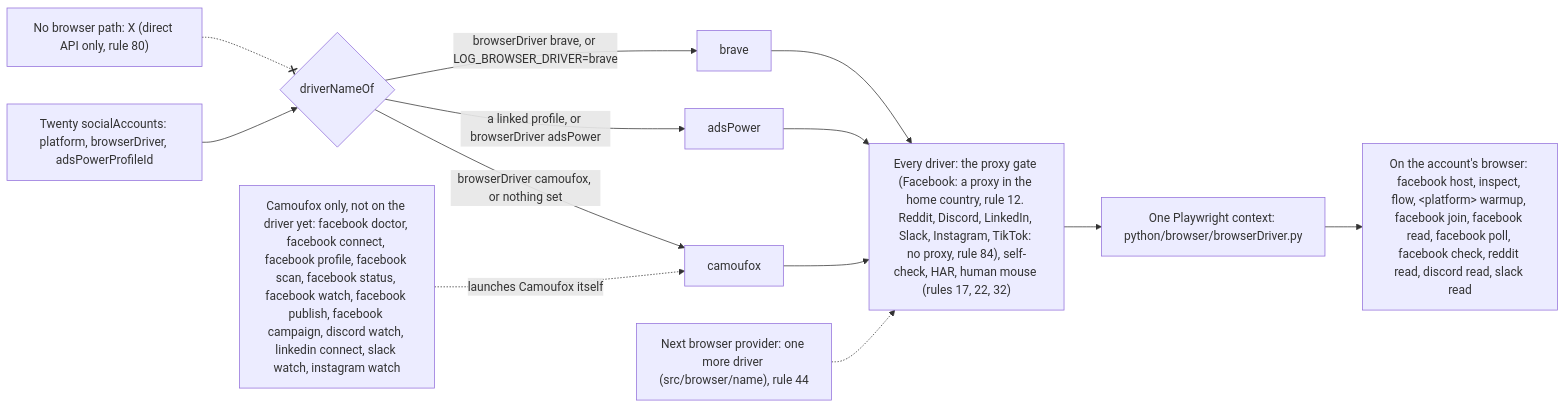
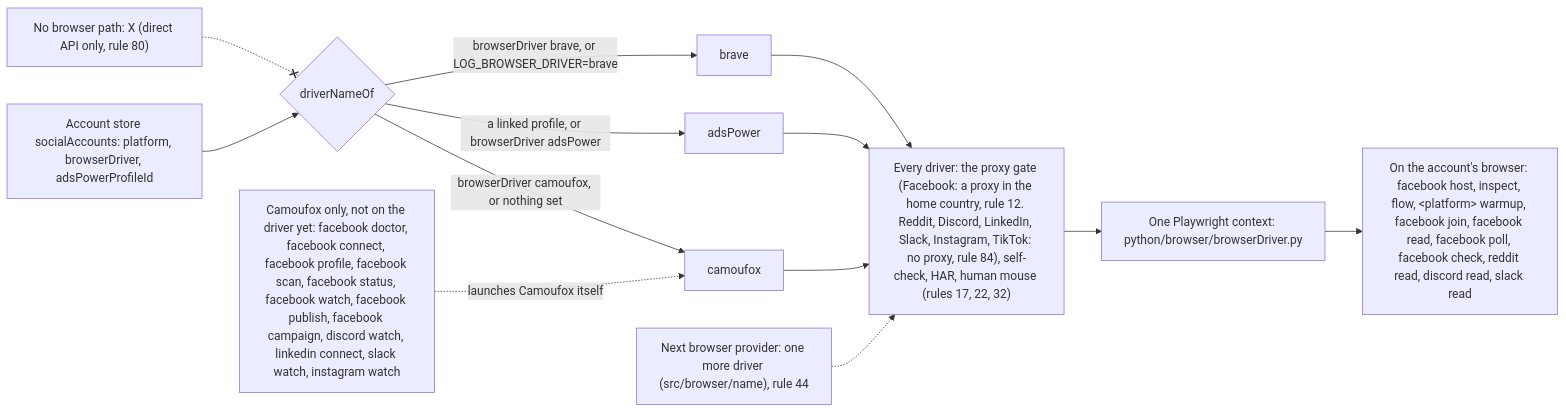
One commit to aggelos-pappas/log changed the diagram in docs/diagrams/browsers.mmd. Above: the diagram before and after it, drawn with Mermaid. The commit also changed 324 other files, not shown here.

```diff
--- a/docs/diagrams/browsers.mmd
+++ b/docs/diagrams/browsers.mmd
@@ -1,21 +1,21 @@
-%% The browser layer. log-cli is browser-agnostic: each account's browser is a driver picked from Twenty, AdsPower first, and every driver opens through the same gates. Whether the gate needs a proxy is the platform's (`PLATFORM_SITES`). From `BROWSER_DRIVERS` (`src/browser/driver`) and `commandBrowser` (`src/browser/run`).
+%% The browser layer. log-cli is browser-agnostic: each account's browser is a driver picked from the account store, AdsPower first, and every driver opens through the same gates. Whether the gate needs a proxy is the platform's (`PLATFORM_SITES`). From `BROWSER_DRIVERS` (`src/browser/driver`) and `commandBrowser` (`src/browser/run`).
 %% Written by `bun run docs:build` from the code (rule 56). Not edited by hand.
 flowchart LR
-  twenty["Twenty socialAccounts: platform, browserDriver, adsPowerProfileId"]
+  accounts["Account store socialAccounts: platform, browserDriver, adsPowerProfileId"]
   pick{"driverNameOf"}
   gates["Every driver: the proxy gate (Facebook: a proxy in the home country, rule 12. Reddit, Discord, LinkedIn, Slack, Instagram, TikTok: no proxy, rule 84), self-check, HAR, human mouse (rules 17, 22, 32)"]
   session["One Playwright context: python/browser/browserDriver.py"]
-  twenty --> pick
+  accounts --> pick
   pick -->|"browserDriver camoufox, or nothing set"| d_camoufox["camoufox"]
   pick -->|"a linked profile, or browserDriver adsPower"| d_adsPower["adsPower"]
   pick -->|"browserDriver brave, or LOG_BROWSER_DRIVER=brave"| d_brave["brave"]
   d_camoufox --> gates
   d_adsPower --> gates
   d_brave --> gates
   more["Next browser provider: one more driver (src/browser/name), rule 44"] -.-> gates
   gates --> session
   account["On the account's browser: facebook host, inspect, flow, #lt;platform#gt; warmup, facebook join, facebook read, facebook poll, facebook check, reddit read, discord read, slack read"]
   camoufox["Camoufox only, not on the driver yet: facebook doctor, facebook connect, facebook profile, facebook scan, facebook status, facebook watch, facebook publish, facebook campaign, discord watch, linkedin connect, slack watch, instagram watch"]
   session --> account
   camoufox -.->|"launches Camoufox itself"| d_camoufox
   nobrowser["No browser path: X (direct API only, rule 80)"] -.-x pick
```
